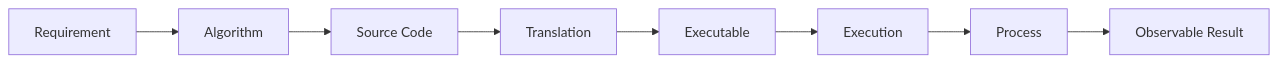
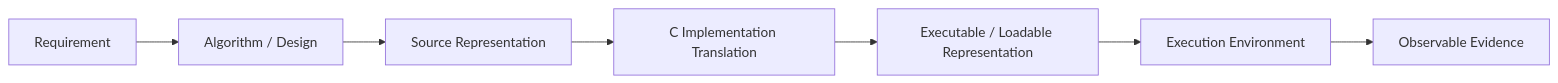
Before and after one commit to inred329/summer_pre_course_2026: the second of 2 diagrams in design/14-programming-concept-tree.en.md, drawn with Mermaid. The commit also changed other lines of this file and 104 other files, not shown here.

````diff
--- a/design/14-programming-concept-tree.en.md
+++ b/design/14-programming-concept-tree.en.md
@@ -69,10 +67,9 @@
 ```mermaid
 flowchart LR
-    R[Requirement] --> A[Algorithm]
-    A --> S[Source Code]
-    S --> T[Translation]
-    T --> E[Executable]
-    E --> X[Execution]
-    X --> P[Process]
-    P --> O[Observable Result]
+    R[Requirement] --> A[Algorithm / Design]
+    A --> S[Source Representation]
+    S --> T[C Implementation Translation]
+    T --> P[Executable / Loadable Representation]
+    P --> X[Execution Environment]
+    X --> O[Observable Evidence]
 ```
````
